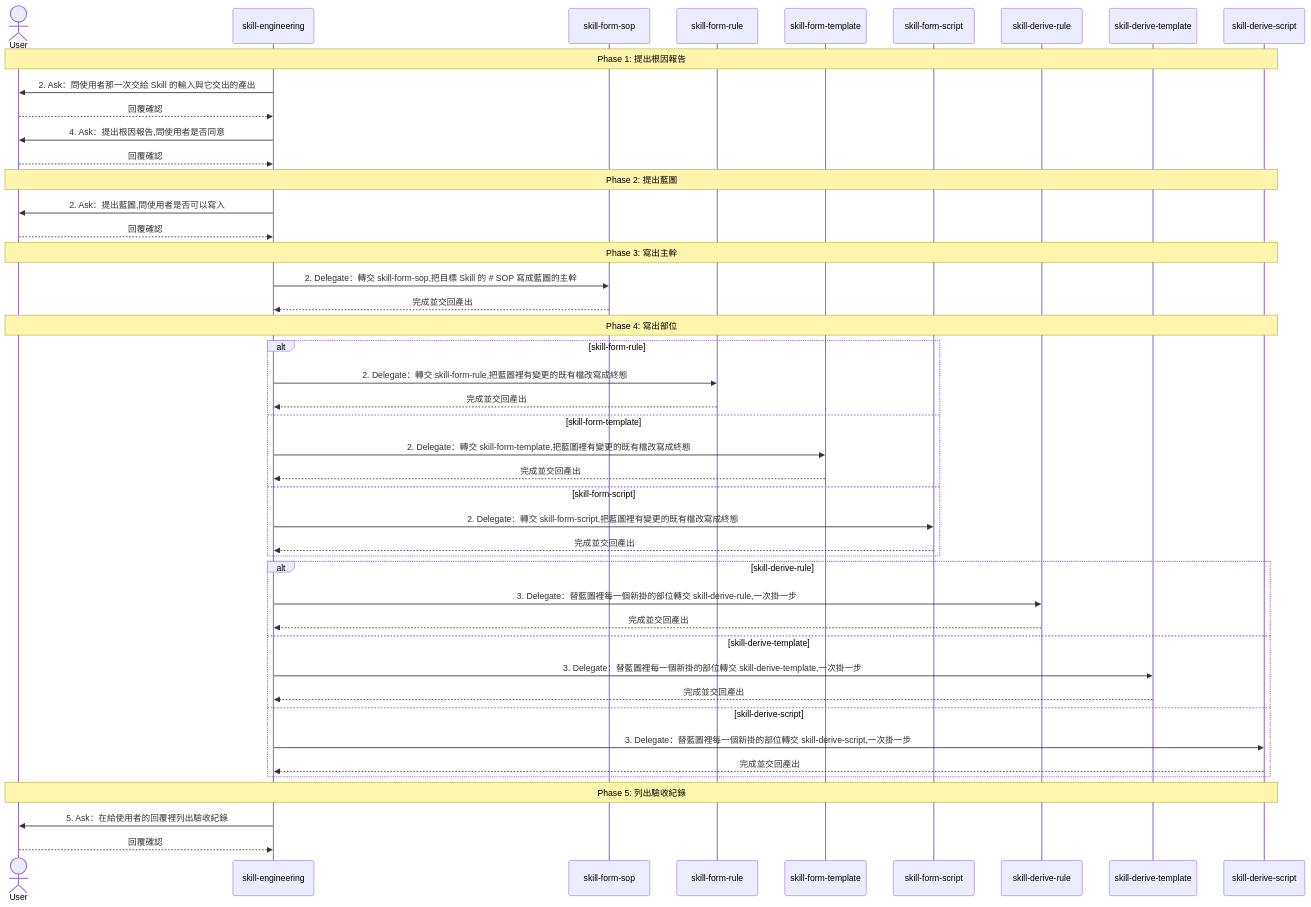
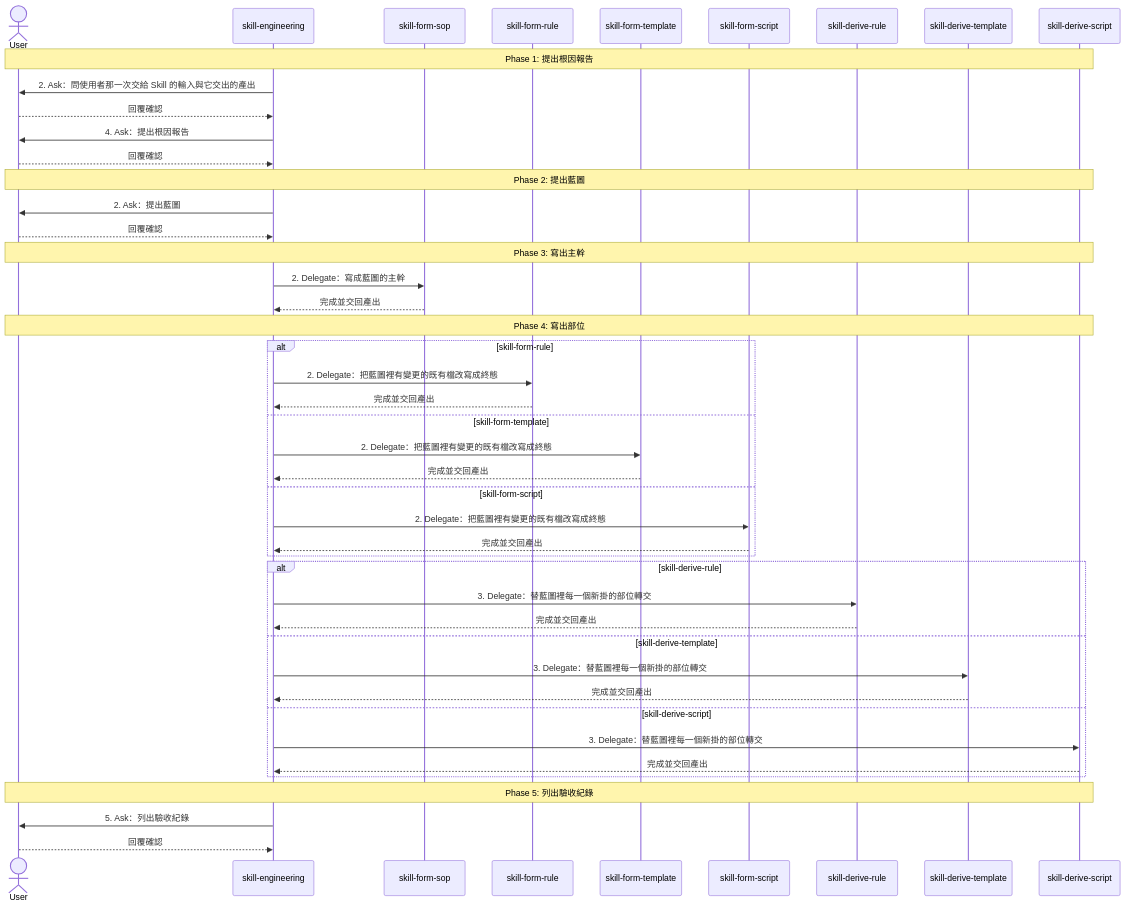
Before and after one commit to AI-x-BDD/BDGG-Dev-Skills: the second of 2 diagrams in .claude/skills/skill-engineering/SKILL.md, drawn with Mermaid. The commit also changed other lines of this file and 31 other files, not shown here.

````diff
--- a/.claude/skills/skill-engineering/SKILL.md
+++ b/.claude/skills/skill-engineering/SKILL.md
@@ -111,47 +111,47 @@
 ```mermaid
 sequenceDiagram
     actor User
     participant Main as skill-engineering
     participant Sub_1 as skill-form-sop
     participant Sub_2 as skill-form-rule
     participant Sub_3 as skill-form-template
     participant Sub_4 as skill-form-script
     participant Sub_5 as skill-derive-rule
     participant Sub_6 as skill-derive-template
     participant Sub_7 as skill-derive-script
     Note over User,Sub_7: Phase 1: 提出根因報告
     Main->>User: 2. Ask：問使用者那一次交給 Skill 的輸入與它交出的產出
     User-->>Main: 回覆確認
-    Main->>User: 4. Ask：提出根因報告,問使用者是否同意
+    Main->>User: 4. Ask：提出根因報告
     User-->>Main: 回覆確認
     Note over User,Sub_7: Phase 2: 提出藍圖
-    Main->>User: 2. Ask：提出藍圖,問使用者是否可以寫入
+    Main->>User: 2. Ask：提出藍圖
     User-->>Main: 回覆確認
     Note over User,Sub_7: Phase 3: 寫出主幹
-    Main->>Sub_1: 2. Delegate：轉交 skill-form-sop,把目標 Skill 的 #35; SOP 寫成藍圖的主幹
+    Main->>Sub_1: 2. Delegate：寫成藍圖的主幹
     Sub_1-->>Main: 完成並交回產出
     Note over User,Sub_7: Phase 4: 寫出部位
     alt skill-form-rule
-        Main->>Sub_2: 2. Delegate：轉交 skill-form-rule,把藍圖裡有變更的既有檔改寫成終態
+        Main->>Sub_2: 2. Delegate：把藍圖裡有變更的既有檔改寫成終態
         Sub_2-->>Main: 完成並交回產出
     else skill-form-template
-        Main->>Sub_3: 2. Delegate：轉交 skill-form-template,把藍圖裡有變更的既有檔改寫成終態
+        Main->>Sub_3: 2. Delegate：把藍圖裡有變更的既有檔改寫成終態
         Sub_3-->>Main: 完成並交回產出
     else skill-form-script
-        Main->>Sub_4: 2. Delegate：轉交 skill-form-script,把藍圖裡有變更的既有檔改寫成終態
+        Main->>Sub_4: 2. Delegate：把藍圖裡有變更的既有檔改寫成終態
         Sub_4-->>Main: 完成並交回產出
     end
     alt skill-derive-rule
-        Main->>Sub_5: 3. Delegate：替藍圖裡每一個新掛的部位轉交 skill-derive-rule,一次掛一步
+        Main->>Sub_5: 3. Delegate：替藍圖裡每一個新掛的部位轉交
         Sub_5-->>Main: 完成並交回產出
     else skill-derive-template
-        Main->>Sub_6: 3. Delegate：替藍圖裡每一個新掛的部位轉交 skill-derive-template,一次掛一步
+        Main->>Sub_6: 3. Delegate：替藍圖裡每一個新掛的部位轉交
         Sub_6-->>Main: 完成並交回產出
     else skill-derive-script
-        Main->>Sub_7: 3. Delegate：替藍圖裡每一個新掛的部位轉交 skill-derive-script,一次掛一步
+        Main->>Sub_7: 3. Delegate：替藍圖裡每一個新掛的部位轉交
         Sub_7-->>Main: 完成並交回產出
     end
     Note over User,Sub_7: Phase 5: 列出驗收紀錄
-    Main->>User: 5. Ask：在給使用者的回覆裡列出驗收紀錄
+    Main->>User: 5. Ask：列出驗收紀錄
     User-->>Main: 回覆確認
 ```
````
